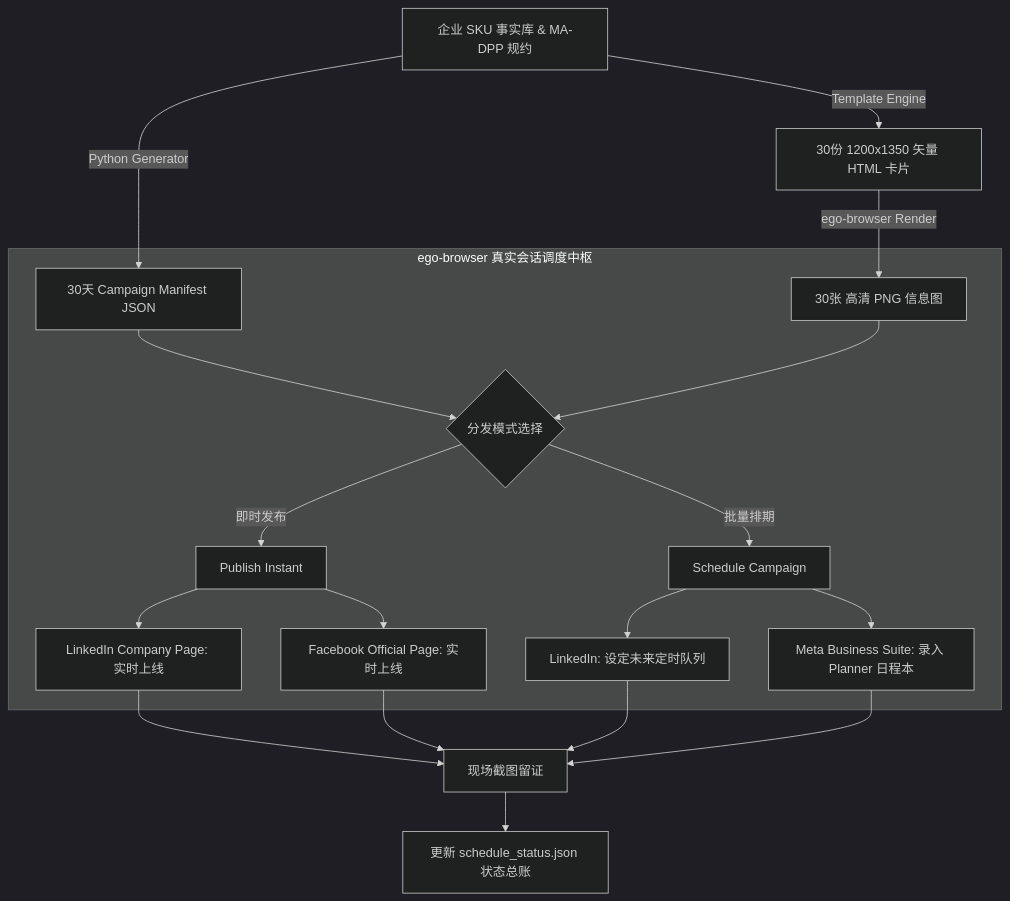
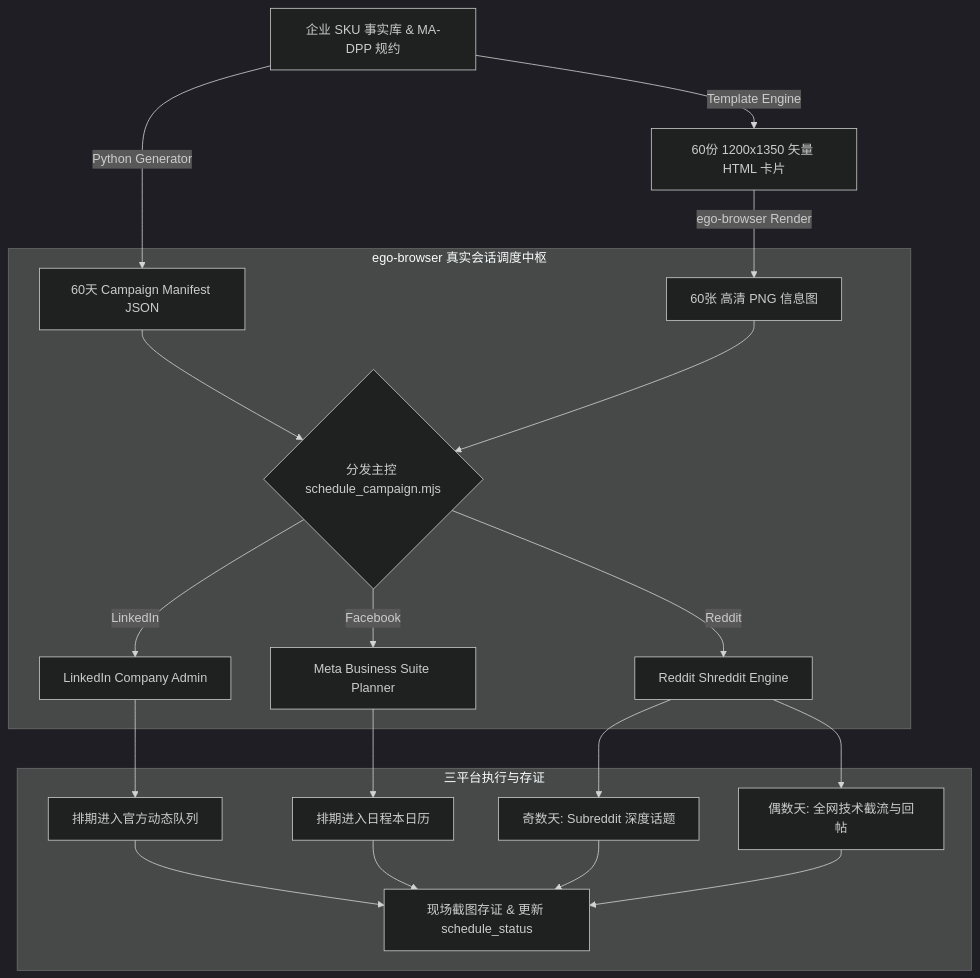
The diagram in README.md (cnproduct/b2b-ma-dpp-social-publisher), drawn with Mermaid (dark theme) before and after one commit. The commit also changed other lines of this file and 8 other files, not shown here.

Commit message:
feat(reddit): integrate Reddit 60-day campaign and alternating schedule into tri-platform publisher (LinkedIn + Facebook + Reddit) v2.0.0

````diff
--- a/README.md
+++ b/README.md
@@ -40,22 +47,21 @@
 ```mermaid
 flowchart TD
-    A[企业 SKU 事实库 & MA-DPP 规约] -->|Python Generator| B[30天 Campaign Manifest JSON]
-    A -->|Template Engine| C[30份 1200x1350 矢量 HTML 卡片]
-    C -->|ego-browser Render| D[30张 高清 PNG 信息图]
+    A[企业 SKU 事实库 & MA-DPP 规约] -->|Python Generator| B[60天 Campaign Manifest JSON]
+    A -->|Template Engine| C[60份 1200x1350 矢量 HTML 卡片]
+    C -->|ego-browser Render| D[60张 高清 PNG 信息图]
     
-    subgraph Publisher ["ego-browser 真实会话调度中枢"]
-        B & D --> E{分发模式选择}
-        E -->|即时发布| F[Publish Instant]
-        E -->|批量排期| G[Schedule Campaign]
-        
-        F --> H1[LinkedIn Company Page: 实时上线]
-        F --> H2[Facebook Official Page: 实时上线]
-        
-        G --> I1[LinkedIn: 设定未来定时队列]
-        G --> I2[Meta Business Suite: 录入 Planner 日程本]
+    subgraph Dispatcher ["ego-browser 真实会话调度中枢"]
+        B & D --> E{分发主控 schedule_campaign.mjs}
+        E -->|LinkedIn| F[LinkedIn Company Admin]
+        E -->|Facebook| G[Meta Business Suite Planner]
+        E -->|Reddit| H[Reddit Shreddit Engine]
     end
-    
-    H1 & H2 --> J[现场截图留证]
-    I1 & I2 --> J
-    J --> K[更新 schedule_status.json 状态总账]
+
+    subgraph Actions ["三平台执行与存证"]
+        F --> I[排期进入官方动态队列]
+        G --> J[排期进入日程本日历]
+        H --> K1[奇数天: Subreddit 深度话题]
+        H --> K2[偶数天: 全网技术截流与回帖]
+        I & J & K1 & K2 --> L[现场截图存证 & 更新 schedule_status]
+    end
 ```
````
